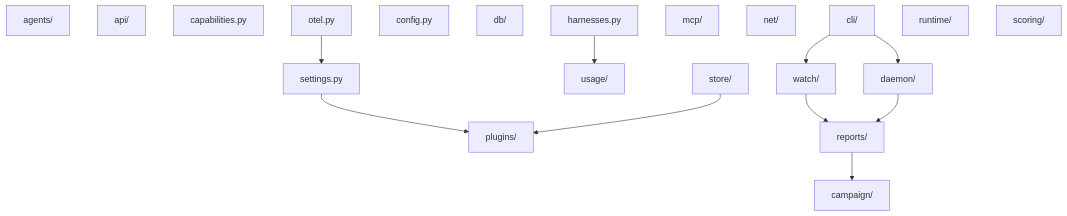
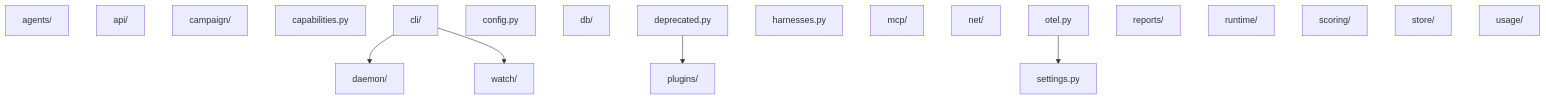
One commit to VatsaDev/piloop changed the diagram in docs/snippets/generated/imports.mdx. Above: the diagram before and after it, drawn with Mermaid. The commit also changed other lines of this file and 76 other files, not shown here.

````diff
--- a/docs/snippets/generated/imports.mdx
+++ b/docs/snippets/generated/imports.mdx
@@ -3,32 +3,28 @@
 ```mermaid
 flowchart TB
     agents["agents/"]
     api["api/"]
     campaign["campaign/"]
     capabilities["capabilities.py"]
     cli["cli/"]
     config["config.py"]
     daemon["daemon/"]
     db["db/"]
+    deprecated["deprecated.py"]
     harnesses["harnesses.py"]
     mcp["mcp/"]
     net["net/"]
     otel["otel.py"]
     plugins["plugins/"]
     reports["reports/"]
     runtime["runtime/"]
     scoring["scoring/"]
     settings["settings.py"]
     store["store/"]
     usage["usage/"]
     watch["watch/"]
     cli --> daemon
     cli --> watch
-    daemon --> reports
-    harnesses --> usage
+    deprecated --> plugins
     otel --> settings
-    reports --> campaign
-    settings --> plugins
-    store --> plugins
-    watch --> reports
 ```
````
